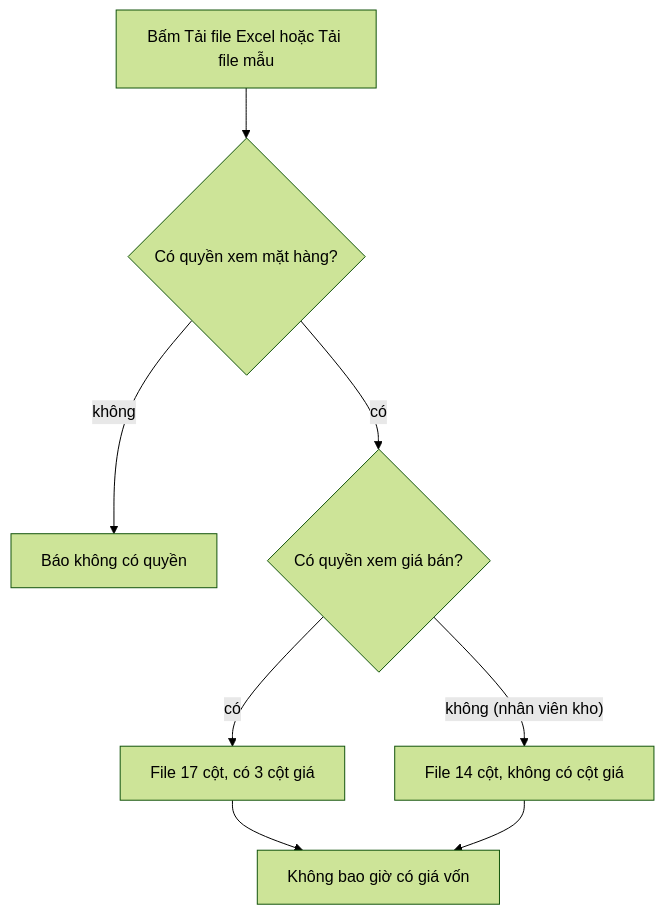
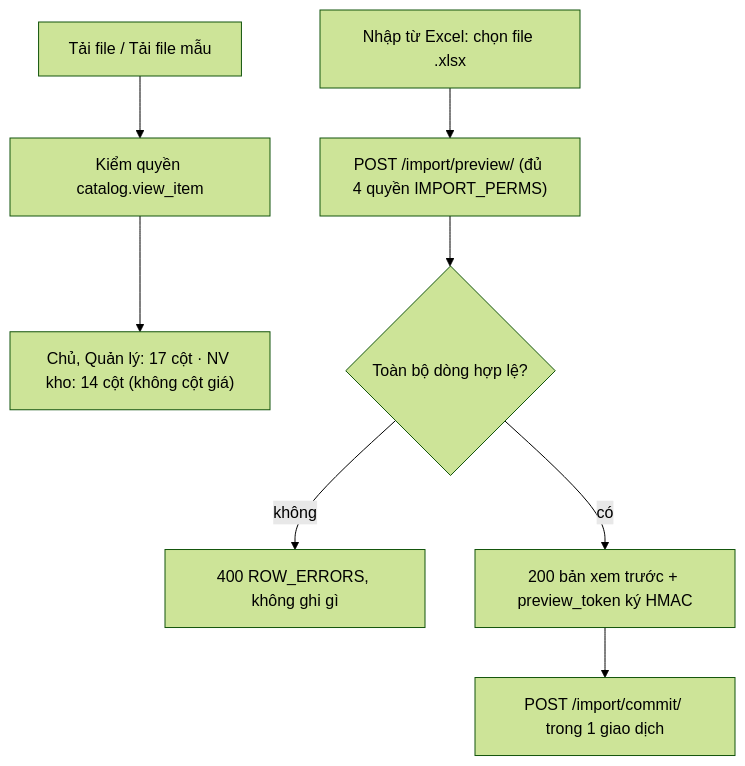
The diagram in backend/apps/catalog/item_files/README.md (DuyduyFedev46/fish), drawn with Mermaid (forest theme) before and after one commit. The commit also changed other lines of this file and 37 other files, not shown here.

Commit message:
FISH-66 S5 S6: nhập mặt hàng từ Excel hai bước xem trước và xác nhận (Lô 3)

````diff
--- a/backend/apps/catalog/item_files/README.md
+++ b/backend/apps/catalog/item_files/README.md
@@ -3,10 +3,10 @@
 ```mermaid
 flowchart TD
-  A["Bấm Tải file Excel hoặc Tải file mẫu"] --> B{"Có quyền xem mặt hàng?"}
-  B -- "không" --> C["Báo không có quyền"]
-  B -- "có" --> D{"Có quyền xem giá bán?"}
-  D -- "có" --> E["File 17 cột, có 3 cột giá"]
-  D -- "không (nhân viên kho)" --> F["File 14 cột, không có cột giá"]
-  E --> G["Không bao giờ có giá vốn"]
-  F --> G
+  A["Tải file / Tải file mẫu"] --> B["Kiểm quyền catalog.view_item"]
+  B --> C["Chủ, Quản lý: 17 cột · NV kho: 14 cột (không cột giá)"]
+  D["Nhập từ Excel: chọn file .xlsx"] --> E["POST /import/preview/ (đủ 4 quyền IMPORT_PERMS)"]
+  E --> F{"Toàn bộ dòng hợp lệ?"}
+  F -- "không" --> G["400 ROW_ERRORS, không ghi gì"]
+  F -- "có" --> H["200 bản xem trước + preview_token ký HMAC"]
+  H --> I["POST /import/commit/ trong 1 giao dịch"]
 ```
````
